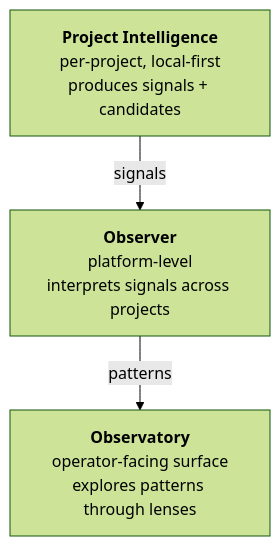
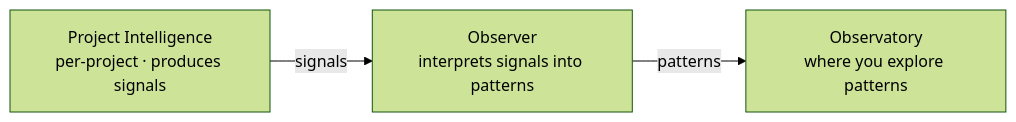
Before and after one commit to Lizo-RoadTown/tapestry: the diagram in apps/docs-site/src/content/docs/explanation/project-intelligence-vs-observatory.md, drawn with Mermaid (forest theme). The commit also changed other lines of this file and 11 other files, not shown here.

````diff
--- a/apps/docs-site/src/content/docs/explanation/project-intelligence-vs-observatory.md
+++ b/apps/docs-site/src/content/docs/explanation/project-intelligence-vs-observatory.md
@@ -14,8 +14,8 @@
 ```mermaid
-flowchart TB
-    PI["<b>Project Intelligence</b><br/>per-project, local-first<br/>produces signals + candidates"]
-    OBS["<b>Observer</b><br/>platform-level<br/>interprets signals across projects"]
-    OBSY["<b>Observatory</b><br/>operator-facing surface<br/>explores patterns through lenses"]
+flowchart LR
+    PI["Project Intelligence<br/>per-project · produces signals"]
+    OBS["Observer<br/>interprets signals into patterns"]
+    OBSY["Observatory<br/>where you explore patterns"]
     PI -->|signals| OBS
     OBS -->|patterns| OBSY
 ```
````
